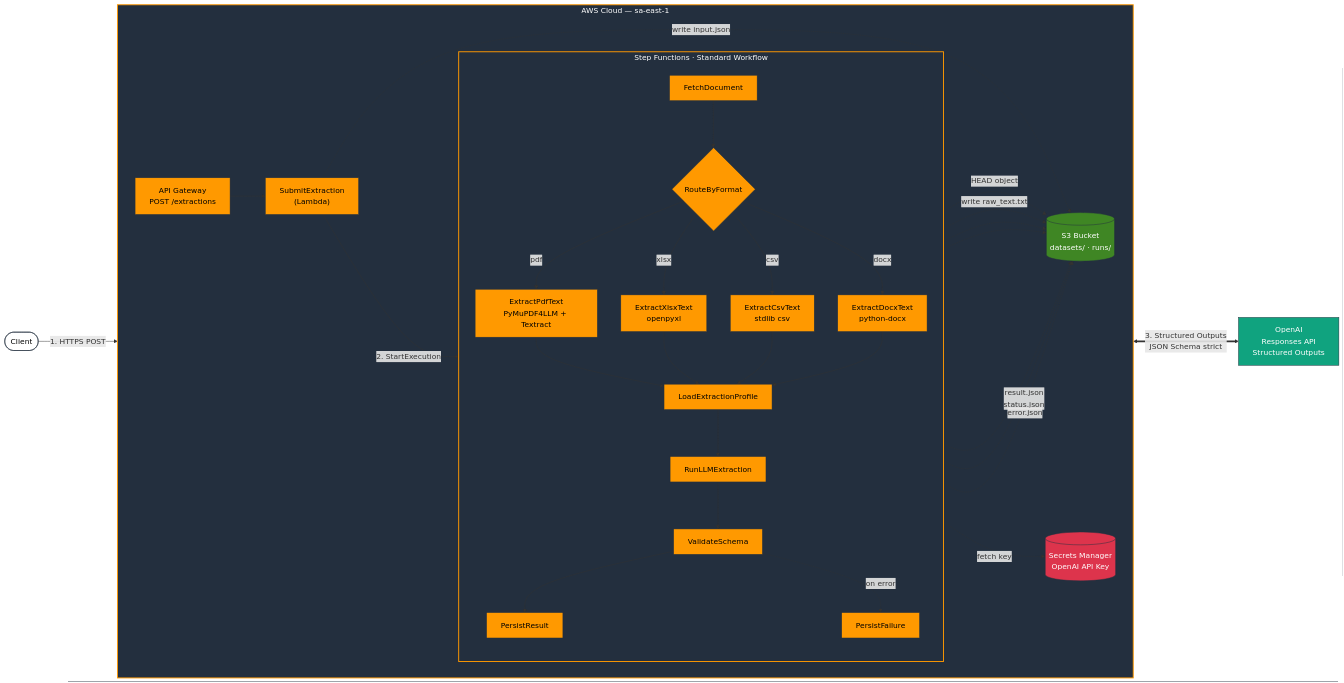
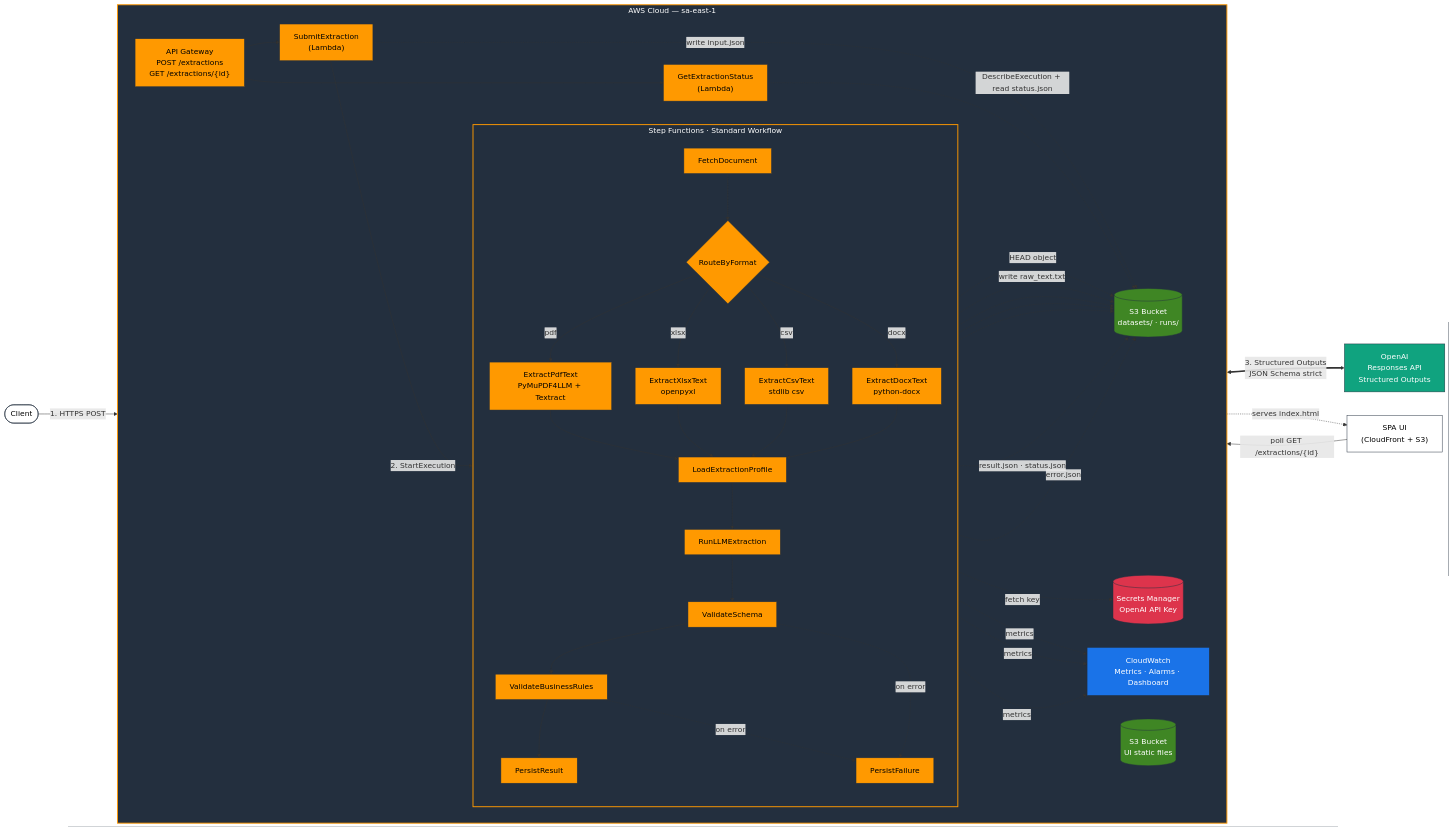
One commit to MaiconKevyn/aws-universal-extractor changed the diagram in README.md. Above: the diagram before and after it, drawn with Mermaid. The commit also changed other lines of this file and 1 other file, not shown here.

First line of the commit message:
Update CLAUDE.md and README for monitoring, status API, and UI

````diff
--- a/README.md
+++ b/README.md
@@ -35,11 +38,13 @@
 ```mermaid
 flowchart LR
     Client([Client])
+    UI["SPA UI<br/>(CloudFront + S3)"]
 
     subgraph AWS["AWS Cloud — sa-east-1"]
         direction LR
-        APIGW["API Gateway<br/>POST /extractions"]
+        APIGW["API Gateway<br/>POST /extractions<br/>GET /extractions/{id}"]
         Submit["SubmitExtraction<br/>(Lambda)"]
+        GetStatus["GetExtractionStatus<br/>(Lambda)"]
 
         subgraph SFN["Step Functions · Standard Workflow"]
             direction TB
@@ -52,6 +57,7 @@
             Load["LoadExtractionProfile"]
             LLM["RunLLMExtraction"]
             Validate["ValidateSchema"]
+            BizRules["ValidateBusinessRules"]
             Persist["PersistResult"]
             Fail["PersistFailure"]
 
@@ -66,18 +72,24 @@
             DOCX --> Load
             Load --> LLM
             LLM --> Validate
-            Validate --> Persist
+            Validate --> BizRules
+            BizRules --> Persist
             Validate -.->|on error| Fail
+            BizRules -.->|on error| Fail
         end
 
         S3[("S3 Bucket<br/>datasets/ · runs/")]
+        UiS3[("S3 Bucket<br/>UI static files")]
         Secrets[("Secrets Manager<br/>OpenAI API Key")]
+        CW["CloudWatch<br/>Metrics · Alarms · Dashboard"]
     end
 
     OpenAI["OpenAI<br/>Responses API<br/>Structured Outputs"]
 
+    UI -->|"poll GET /extractions/{id}"| APIGW
     Client -->|"1. HTTPS POST"| APIGW
     APIGW --> Submit
+    APIGW --> GetStatus
     Submit -->|"2. StartExecution"| Fetch
     Submit -.->|write input.json| S3
     Fetch -.->|HEAD object| S3
@@ -87,8 +99,13 @@
     DOCX -.-> S3
     LLM -.->|fetch key| Secrets
     LLM <==>|"3. Structured Outputs<br/>JSON Schema strict"| OpenAI
-    Persist -.->|result.json<br/>status.json| S3
+    Persist -.->|result.json · status.json| S3
+    Persist -.->|metrics| CW
+    BizRules -.->|metrics| CW
     Fail -.->|error.json| S3
+    Fail -.->|metrics| CW
+    GetStatus -.->|DescribeExecution + read status.json| S3
+    UiS3 -.->|serves index.html| UI
 
     classDef aws fill:#232F3E,stroke:#FF9900,stroke-width:2px,color:#fff
     classDef lambda fill:#FF9900,stroke:#232F3E,color:#000
@@ -96,11 +113,13 @@
     classDef sec fill:#DD344C,stroke:#232F3E,color:#fff
     classDef ext fill:#10a37f,stroke:#232F3E,color:#fff
     classDef client fill:#fff,stroke:#232F3E,color:#000
+    classDef monitor fill:#1a73e8,stroke:#232F3E,color:#fff
 
-    class APIGW,Submit,Fetch,Route,PDF,XLSX,CSV,DOCX,Load,LLM,Validate,Persist,Fail lambda
-    class S3 storage
+    class APIGW,Submit,GetStatus,Fetch,Route,PDF,XLSX,CSV,DOCX,Load,LLM,Validate,BizRules,Persist,Fail lambda
+    class S3,UiS3 storage
     class Secrets sec
     class OpenAI ext
-    class Client client
+    class Client,UI client
+    class CW monitor
     class AWS,SFN aws
 ```
````
